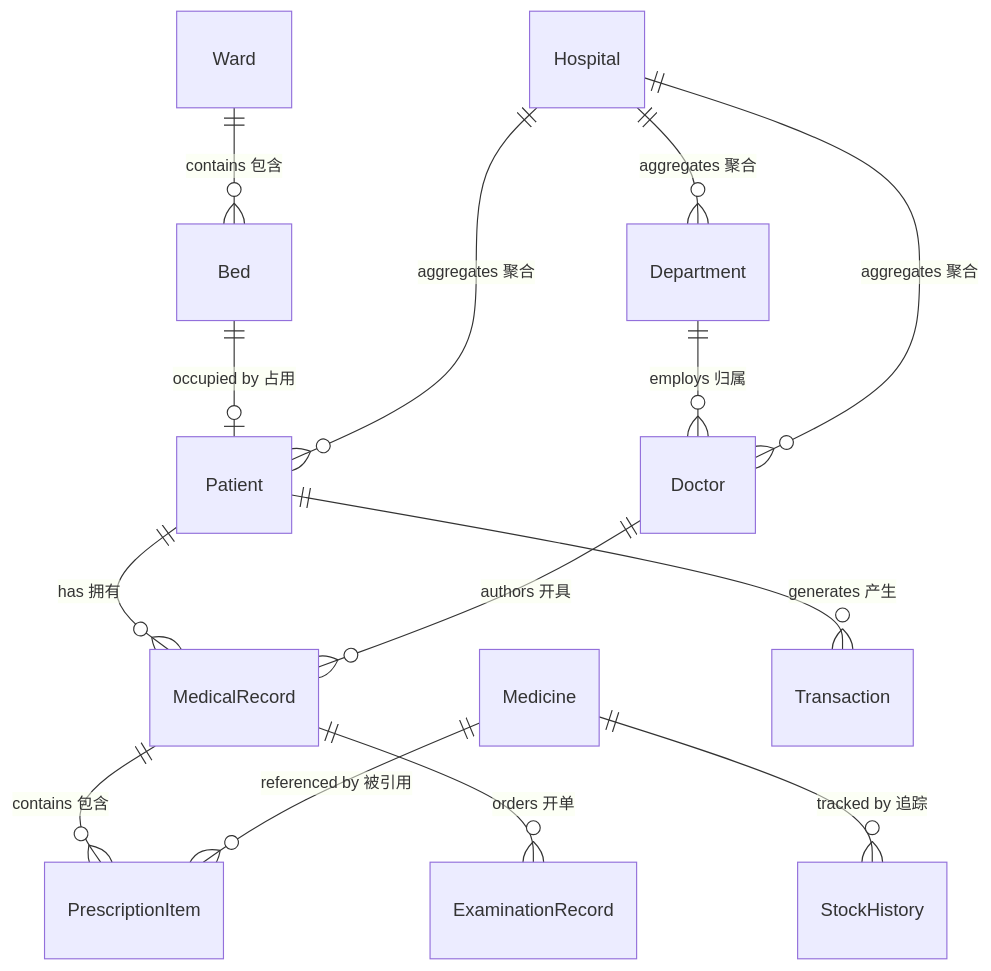
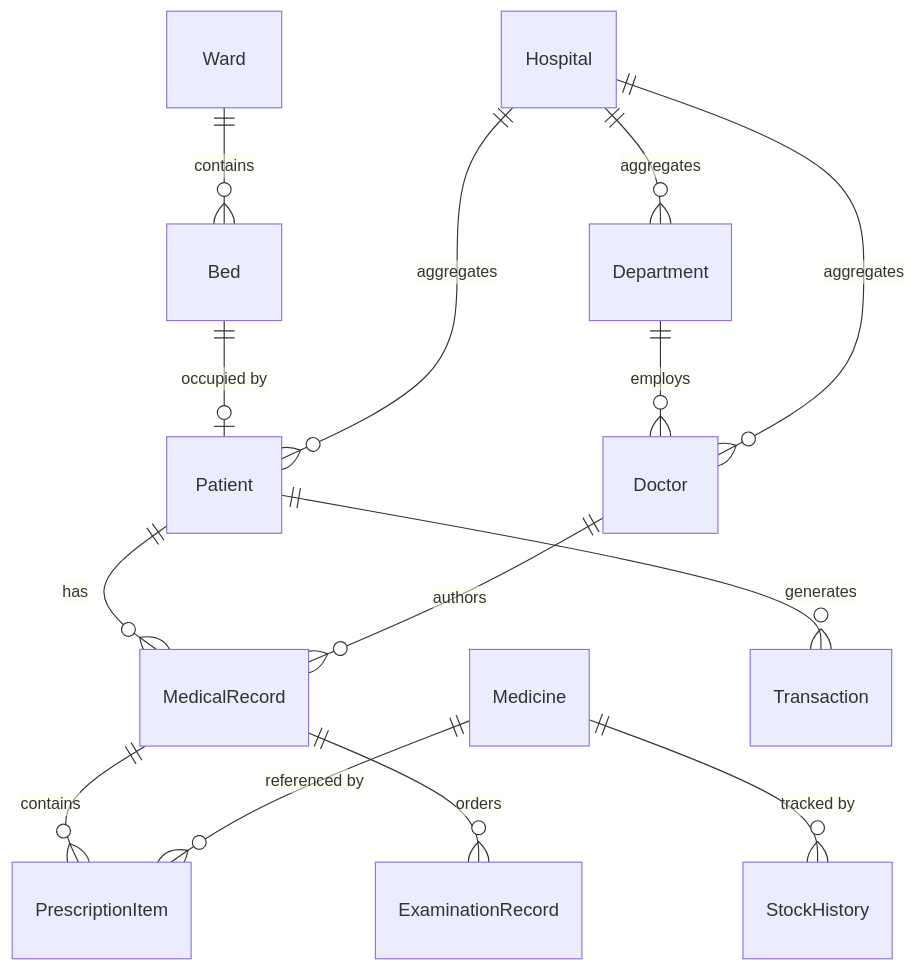
One commit to Hanwen-Tao/project-portfolio changed the second of 4 diagrams in docs/05-hospital-information-system.md. Above: the diagram before and after it, drawn with Mermaid. The commit also changed other lines of this file and 11 other files, not shown here.

````diff
--- a/docs/05-hospital-information-system.md
+++ b/docs/05-hospital-information-system.md
@@ -110,16 +109,16 @@
 ```mermaid
 erDiagram
-    Patient ||--o{ MedicalRecord : "has 拥有"
-    Doctor ||--o{ MedicalRecord : "authors 开具"
-    Department ||--o{ Doctor : "employs 归属"
-    MedicalRecord ||--o{ PrescriptionItem : "contains 包含"
-    MedicalRecord ||--o{ ExaminationRecord : "orders 开单"
-    Medicine ||--o{ PrescriptionItem : "referenced by 被引用"
-    Medicine ||--o{ StockHistory : "tracked by 追踪"
-    Ward ||--o{ Bed : "contains 包含"
-    Bed ||--o| Patient : "occupied by 占用"
-    Patient ||--o{ Transaction : "generates 产生"
-    Hospital ||--o{ Patient : "aggregates 聚合"
-    Hospital ||--o{ Doctor : "aggregates 聚合"
-    Hospital ||--o{ Department : "aggregates 聚合"
+    Patient ||--o{ MedicalRecord : has
+    Doctor ||--o{ MedicalRecord : authors
+    Department ||--o{ Doctor : employs
+    MedicalRecord ||--o{ PrescriptionItem : contains
+    MedicalRecord ||--o{ ExaminationRecord : orders
+    Medicine ||--o{ PrescriptionItem : "referenced by"
+    Medicine ||--o{ StockHistory : "tracked by"
+    Ward ||--o{ Bed : contains
+    Bed ||--o| Patient : "occupied by"
+    Patient ||--o{ Transaction : generates
+    Hospital ||--o{ Patient : aggregates
+    Hospital ||--o{ Doctor : aggregates
+    Hospital ||--o{ Department : aggregates
 ```
````
